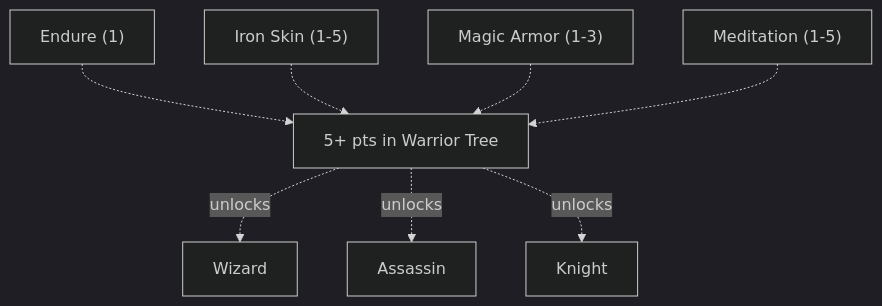
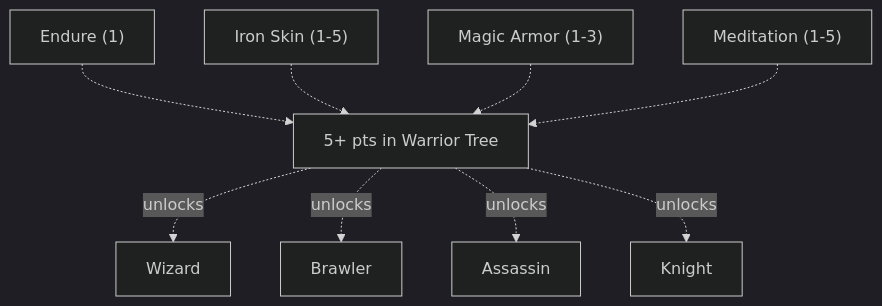
One commit to tfelix/bestia-docs changed diagram 14 of 18 in content/docs/mechanics/master.md. Above: the diagram before and after it, drawn with Mermaid (dark theme). The commit also changed other lines of this file, not shown here.

First line of the commit message:
Unpark the Brawler and give it attacks

````diff
--- a/content/docs/mechanics/master.md
+++ b/content/docs/mechanics/master.md
@@ -1934,27 +1934,27 @@
 ```mermaid
 graph TD
     Endure["Endure (1)"]
     IronSkin["Iron Skin (1-5)"]
     MagicArmor["Magic Armor (1-3)"]
     Meditation["Meditation (1-5)"]
     Gate["5+ pts in Warrior Tree"]
     Wizard["Wizard"]
-    %% Brawler(("Brawler")) %% parked
+    Brawler["Brawler"]
     %% Hunter(("Hunter")) %% parked
     Assassin["Assassin"]
     Knight["Knight"]
     %% Bard(("Bard")) %% parked
     %% Dancer(("Dancer")) %% parked
 
     Endure -.-> Gate
     IronSkin -.-> Gate
     MagicArmor -.-> Gate
     Meditation -.-> Gate
     Gate -.->|unlocks| Wizard
-    %% Gate -.->|unlocks| Brawler
+    Gate -.->|unlocks| Brawler
     %% Gate -.->|unlocks| Hunter
     Gate -.->|unlocks| Assassin
     Gate -.->|unlocks| Knight
     %% Gate -.->|unlocks| Bard
     %% Gate -.->|unlocks| Dancer
 ```
````
